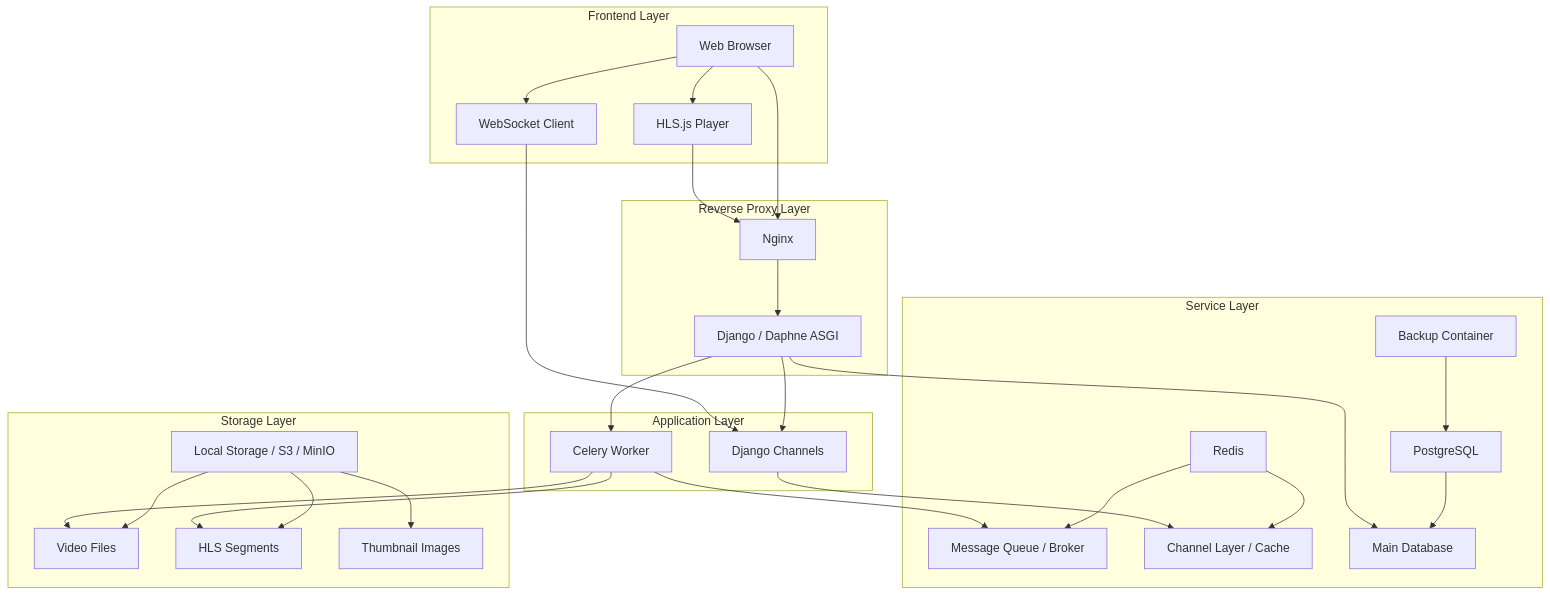
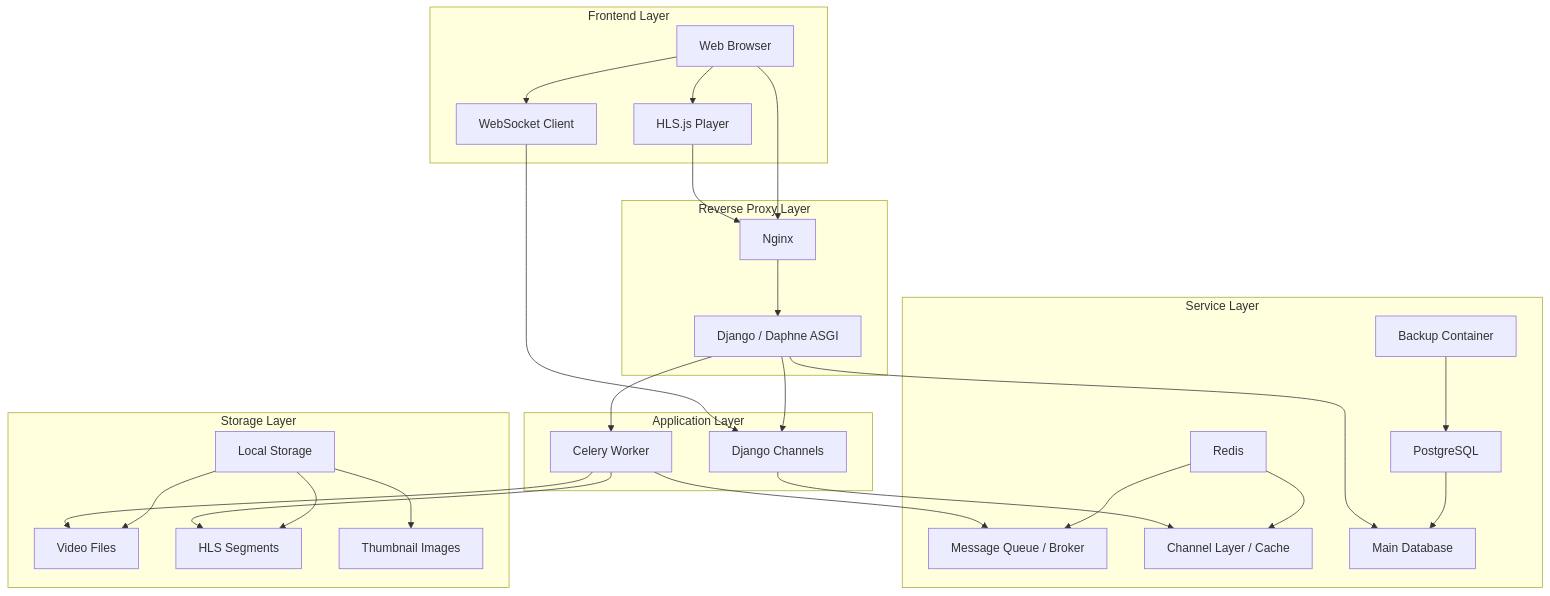
Before and after one commit to twtrubiks/django-youtube-service: the first of 2 diagrams in README_en.md, drawn with Mermaid. The commit also changed other lines of this file and 5 other files, not shown here.

````diff
--- a/README_en.md
+++ b/README_en.md
@@ -19,38 +19,38 @@
 ```mermaid
 graph TB
     subgraph "Frontend Layer"
         A[Web Browser] --> B[HLS.js Player]
         A --> C[WebSocket Client]
     end
 
     subgraph "Reverse Proxy Layer"
         P[Nginx] --> D
     end
 
     subgraph "Application Layer"
         D[Django / Daphne ASGI] --> E[Django Channels]
         D --> F[Celery Worker]
     end
 
     subgraph "Service Layer"
         G[Redis] --> H[Message Queue / Broker]
         G --> I[Channel Layer / Cache]
         J[PostgreSQL] --> K[Main Database]
         BK[Backup Container] --> J
     end
 
     subgraph "Storage Layer"
-        L[Local Storage / S3 / MinIO] --> M[Video Files]
+        L[Local Storage] --> M[Video Files]
         L --> N[HLS Segments]
         L --> O[Thumbnail Images]
     end
 
     A --> P
     B --> P
     C --> E
     E --> I
     F --> H
     D --> K
     F --> M
     F --> N
 ```
````
